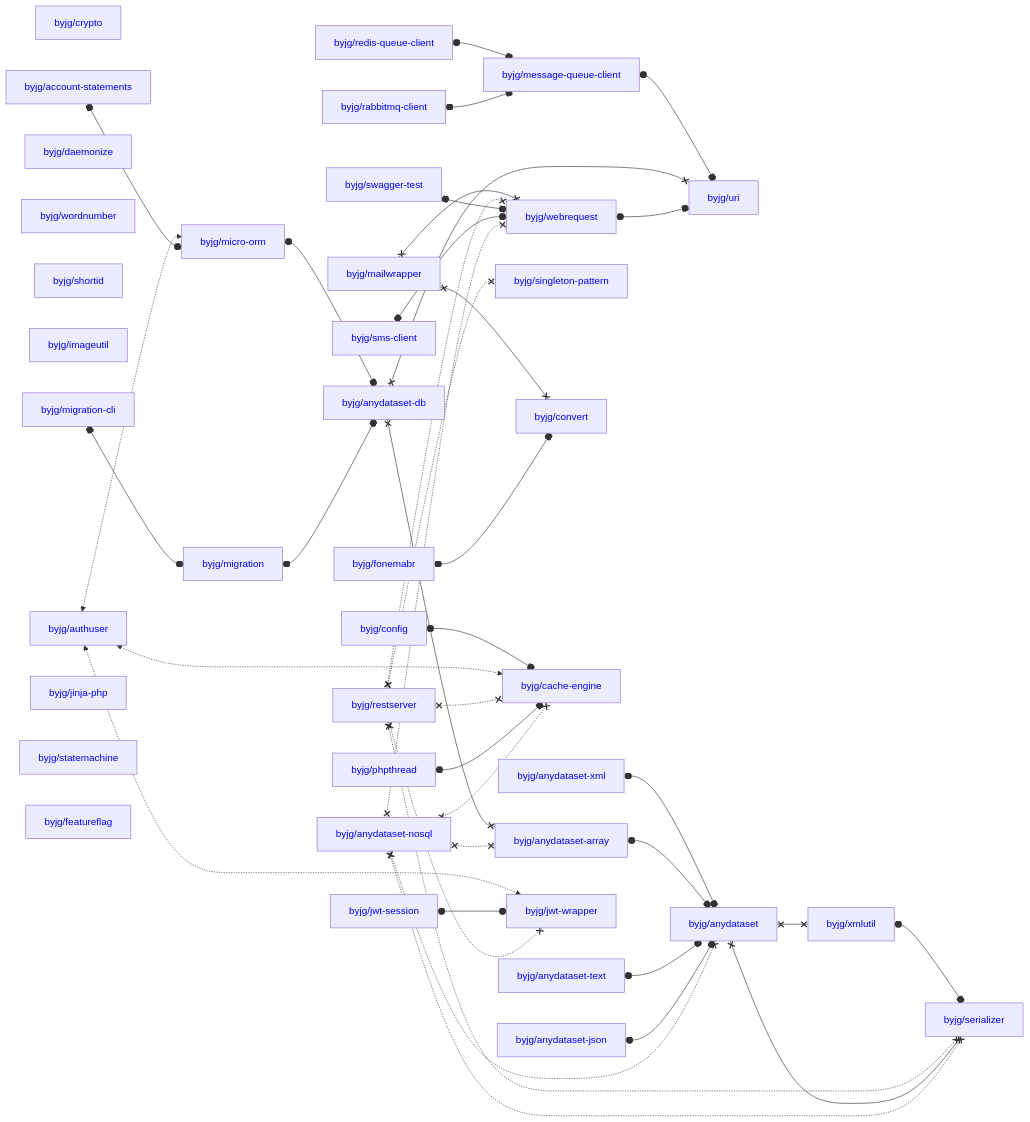
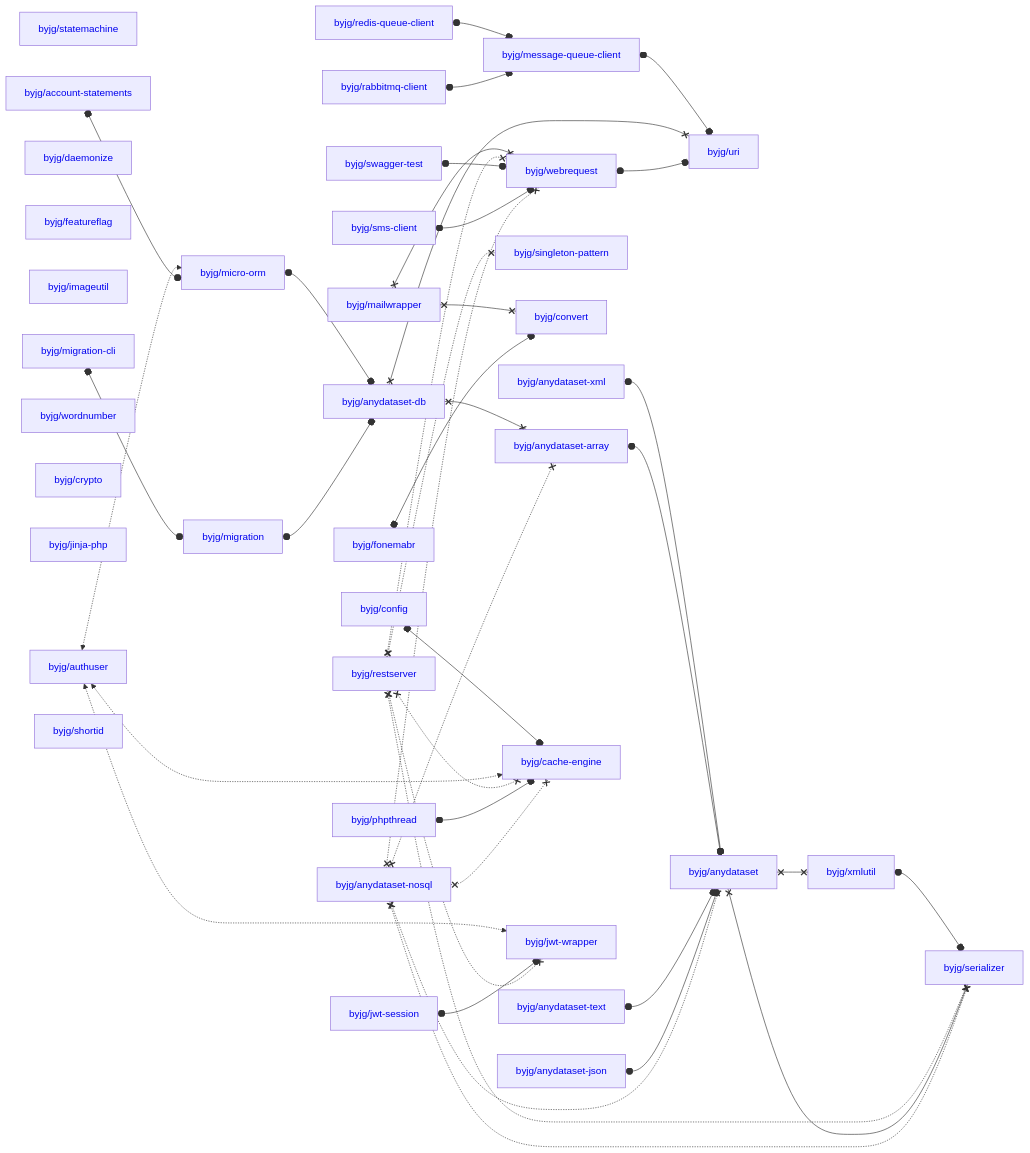
Before and after one commit to byjg/byjg.github.io: the diagram in docs/php/README.md, drawn with Mermaid. The commit also changed other lines of this file, not shown here.

Commit message:
Update documentation 'php' 'php-migration'

````diff
--- a/docs/php/README.md
+++ b/docs/php/README.md
@@ -3,80 +3,80 @@
 ```mermaid
 graph LR;
+  byjg/sms-client[<a href='https://opensource.byjg.com/docs/php/sms-client' style='text-decoration:none'>byjg/sms-client</a>];
+  byjg/statemachine[<a href='https://opensource.byjg.com/docs/php/statemachine' style='text-decoration:none'>byjg/statemachine</a>];
+  byjg/account-statements[<a href='https://opensource.byjg.com/docs/php/account-statements' style='text-decoration:none'>byjg/account-statements</a>];
+  byjg/rabbitmq-client[<a href='https://opensource.byjg.com/docs/php/rabbitmq-client' style='text-decoration:none'>byjg/rabbitmq-client</a>];
+  byjg/restserver[<a href='https://opensource.byjg.com/docs/php/restserver' style='text-decoration:none'>byjg/restserver</a>];
+  byjg/phpthread[<a href='https://opensource.byjg.com/docs/php/phpthread' style='text-decoration:none'>byjg/phpthread</a>];
+  byjg/daemonize[<a href='https://opensource.byjg.com/docs/php/daemonize' style='text-decoration:none'>byjg/daemonize</a>];
+  byjg/anydataset-xml[<a href='https://opensource.byjg.com/docs/php/anydataset-xml' style='text-decoration:none'>byjg/anydataset-xml</a>];
+  byjg/fonemabr[<a href='https://opensource.byjg.com/docs/php/fonemabr' style='text-decoration:none'>byjg/fonemabr</a>];
+  byjg/mailwrapper[<a href='https://opensource.byjg.com/docs/php/mailwrapper' style='text-decoration:none'>byjg/mailwrapper</a>];
+  byjg/featureflag[<a href='https://opensource.byjg.com/docs/php/featureflag' style='text-decoration:none'>byjg/featureflag</a>];
+  byjg/imageutil[<a href='https://opensource.byjg.com/docs/php/imageutil' style='text-decoration:none'>byjg/imageutil</a>];
+  byjg/migration-cli[<a href='https://opensource.byjg.com/docs/php/migration-cli' style='text-decoration:none'>byjg/migration-cli</a>];
+  byjg/wordnumber[<a href='https://opensource.byjg.com/docs/php/wordnumber' style='text-decoration:none'>byjg/wordnumber</a>];
   byjg/crypto[<a href='https://opensource.byjg.com/docs/php/crypto' style='text-decoration:none'>byjg/crypto</a>];
-  byjg/restserver[<a href='https://opensource.byjg.com/docs/php/restserver' style='text-decoration:none'>byjg/restserver</a>];
-  byjg/account-statements[<a href='https://opensource.byjg.com/docs/php/account-statements' style='text-decoration:none'>byjg/account-statements</a>];
+  byjg/jinja-php[<a href='https://opensource.byjg.com/docs/php/jinja-php' style='text-decoration:none'>byjg/jinja-php</a>];
   byjg/config[<a href='https://opensource.byjg.com/docs/php/config' style='text-decoration:none'>byjg/config</a>];
-  byjg/daemonize[<a href='https://opensource.byjg.com/docs/php/daemonize' style='text-decoration:none'>byjg/daemonize</a>];
-  byjg/phpthread[<a href='https://opensource.byjg.com/docs/php/phpthread' style='text-decoration:none'>byjg/phpthread</a>];
+  byjg/anydataset-nosql[<a href='https://opensource.byjg.com/docs/php/anydataset-nosql' style='text-decoration:none'>byjg/anydataset-nosql</a>];
+  byjg/swagger-test[<a href='https://opensource.byjg.com/docs/php/swagger-test' style='text-decoration:none'>byjg/swagger-test</a>];
+  byjg/redis-queue-client[<a href='https://opensource.byjg.com/docs/php/redis-queue-client' style='text-decoration:none'>byjg/redis-queue-client</a>];
+  byjg/anydataset-text[<a href='https://opensource.byjg.com/docs/php/anydataset-text' style='text-decoration:none'>byjg/anydataset-text</a>];
   byjg/anydataset-json[<a href='https://opensource.byjg.com/docs/php/anydataset-json' style='text-decoration:none'>byjg/anydataset-json</a>];
-  byjg/wordnumber[<a href='https://opensource.byjg.com/docs/php/wordnumber' style='text-decoration:none'>byjg/wordnumber</a>];
-  byjg/anydataset-nosql[<a href='https://opensource.byjg.com/docs/php/anydataset-nosql' style='text-decoration:none'>byjg/anydataset-nosql</a>];
-  byjg/anydataset-text[<a href='https://opensource.byjg.com/docs/php/anydataset-text' style='text-decoration:none'>byjg/anydataset-text</a>];
+  byjg/authuser[<a href='https://opensource.byjg.com/docs/php/authuser' style='text-decoration:none'>byjg/authuser</a>];
   byjg/shortid[<a href='https://opensource.byjg.com/docs/php/shortid' style='text-decoration:none'>byjg/shortid</a>];
-  byjg/imageutil[<a href='https://opensource.byjg.com/docs/php/imageutil' style='text-decoration:none'>byjg/imageutil</a>];
-  byjg/redis-queue-client[<a href='https://opensource.byjg.com/docs/php/redis-queue-client' style='text-decoration:none'>byjg/redis-queue-client</a>];
-  byjg/fonemabr[<a href='https://opensource.byjg.com/docs/php/fonemabr' style='text-decoration:none'>byjg/fonemabr</a>];
-  byjg/migration-cli[<a href='https://opensource.byjg.com/docs/php/migration-cli' style='text-decoration:none'>byjg/migration-cli</a>];
-  byjg/anydataset-xml[<a href='https://opensource.byjg.com/docs/php/anydataset-xml' style='text-decoration:none'>byjg/anydataset-xml</a>];
-  byjg/mailwrapper[<a href='https://opensource.byjg.com/docs/php/mailwrapper' style='text-decoration:none'>byjg/mailwrapper</a>];
-  byjg/sms-client[<a href='https://opensource.byjg.com/docs/php/sms-client' style='text-decoration:none'>byjg/sms-client</a>];
-  byjg/authuser[<a href='https://opensource.byjg.com/docs/php/authuser' style='text-decoration:none'>byjg/authuser</a>];
-  byjg/swagger-test[<a href='https://opensource.byjg.com/docs/php/swagger-test' style='text-decoration:none'>byjg/swagger-test</a>];
-  byjg/jinja-php[<a href='https://opensource.byjg.com/docs/php/jinja-php' style='text-decoration:none'>byjg/jinja-php</a>];
-  byjg/statemachine[<a href='https://opensource.byjg.com/docs/php/statemachine' style='text-decoration:none'>byjg/statemachine</a>];
-  byjg/rabbitmq-client[<a href='https://opensource.byjg.com/docs/php/rabbitmq-client' style='text-decoration:none'>byjg/rabbitmq-client</a>];
   byjg/jwt-session[<a href='https://opensource.byjg.com/docs/php/jwt-session' style='text-decoration:none'>byjg/jwt-session</a>];
-  byjg/featureflag[<a href='https://opensource.byjg.com/docs/php/featureflag' style='text-decoration:none'>byjg/featureflag</a>];
   byjg/singleton-pattern[<a href='https://opensource.byjg.com/docs/php/singleton-pattern' style='text-decoration:none'>byjg/singleton-pattern</a>];
+  byjg/convert[<a href='https://opensource.byjg.com/docs/php/convert' style='text-decoration:none'>byjg/convert</a>];
   byjg/migration[<a href='https://opensource.byjg.com/docs/php/migration' style='text-decoration:none'>byjg/migration</a>];
-  byjg/convert[<a href='https://opensource.byjg.com/docs/php/convert' style='text-decoration:none'>byjg/convert</a>];
+  byjg/webrequest[<a href='https://opensource.byjg.com/docs/php/webrequest' style='text-decoration:none'>byjg/webrequest</a>];
+  byjg/message-queue-client[<a href='https://opensource.byjg.com/docs/php/message-queue-client' style='text-decoration:none'>byjg/message-queue-client</a>];
   byjg/micro-orm[<a href='https://opensource.byjg.com/docs/php/micro-orm' style='text-decoration:none'>byjg/micro-orm</a>];
   byjg/cache-engine[<a href='https://opensource.byjg.com/docs/php/cache-engine' style='text-decoration:none'>byjg/cache-engine</a>];
-  byjg/webrequest[<a href='https://opensource.byjg.com/docs/php/webrequest' style='text-decoration:none'>byjg/webrequest</a>];
-  byjg/message-queue-client[<a href='https://opensource.byjg.com/docs/php/message-queue-client' style='text-decoration:none'>byjg/message-queue-client</a>];
   byjg/jwt-wrapper[<a href='https://opensource.byjg.com/docs/php/jwt-wrapper' style='text-decoration:none'>byjg/jwt-wrapper</a>];
   byjg/anydataset-db[<a href='https://opensource.byjg.com/docs/php/anydataset-db' style='text-decoration:none'>byjg/anydataset-db</a>];
   byjg/anydataset-array[<a href='https://opensource.byjg.com/docs/php/anydataset-array' style='text-decoration:none'>byjg/anydataset-array</a>];
   byjg/uri[<a href='https://opensource.byjg.com/docs/php/uri' style='text-decoration:none'>byjg/uri</a>];
   byjg/anydataset[<a href='https://opensource.byjg.com/docs/php/anydataset' style='text-decoration:none'>byjg/anydataset</a>];
   byjg/xmlutil[<a href='https://opensource.byjg.com/docs/php/xmlutil' style='text-decoration:none'>byjg/xmlutil</a>];
   byjg/serializer[<a href='https://opensource.byjg.com/docs/php/serializer' style='text-decoration:none'>byjg/serializer</a>];
   byjg/anydataset-xml o--o byjg/anydataset;
   byjg/config o--o byjg/cache-engine;
   byjg/authuser <-.-> byjg/micro-orm;
   byjg/authuser <-.-> byjg/cache-engine;
   byjg/authuser <-.-> byjg/jwt-wrapper;
   byjg/jwt-session o--o byjg/jwt-wrapper;
   byjg/redis-queue-client o--o byjg/message-queue-client;
   byjg/xmlutil o--o byjg/serializer;
   byjg/anydataset-array o--o byjg/anydataset;
   byjg/anydataset-text o--o byjg/anydataset;
   byjg/mailwrapper x--x byjg/convert;
   byjg/mailwrapper x--x byjg/webrequest;
   byjg/restserver x-.-x byjg/serializer;
   byjg/restserver x-.-x byjg/singleton-pattern;
   byjg/restserver x-.-x byjg/cache-engine;
   byjg/restserver x-.-x byjg/webrequest;
   byjg/restserver x-.-x byjg/jwt-wrapper;
   byjg/anydataset x--x byjg/serializer;
   byjg/anydataset x--x byjg/xmlutil;
   byjg/micro-orm o--o byjg/anydataset-db;
   byjg/phpthread o--o byjg/cache-engine;
   byjg/anydataset-json o--o byjg/anydataset;
   byjg/swagger-test o--o byjg/webrequest;
   byjg/fonemabr o--o byjg/convert;
   byjg/account-statements o--o byjg/micro-orm;
   byjg/sms-client o--o byjg/webrequest;
   byjg/migration-cli o--o byjg/migration;
   byjg/message-queue-client o--o byjg/uri;
   byjg/anydataset-db x--x byjg/anydataset-array;
   byjg/anydataset-db x--x byjg/uri;
   byjg/webrequest o--o byjg/uri;
   byjg/migration o--o byjg/anydataset-db;
   byjg/rabbitmq-client o--o byjg/message-queue-client;
   byjg/anydataset-nosql x-.-x byjg/anydataset;
   byjg/anydataset-nosql x-.-x byjg/anydataset-array;
   byjg/anydataset-nosql x-.-x byjg/serializer;
   byjg/anydataset-nosql x-.-x byjg/webrequest;
   byjg/anydataset-nosql x-.-x byjg/cache-engine;
 ```
````
